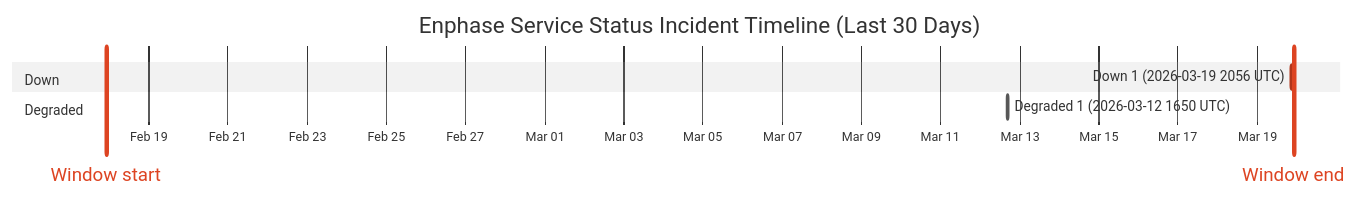
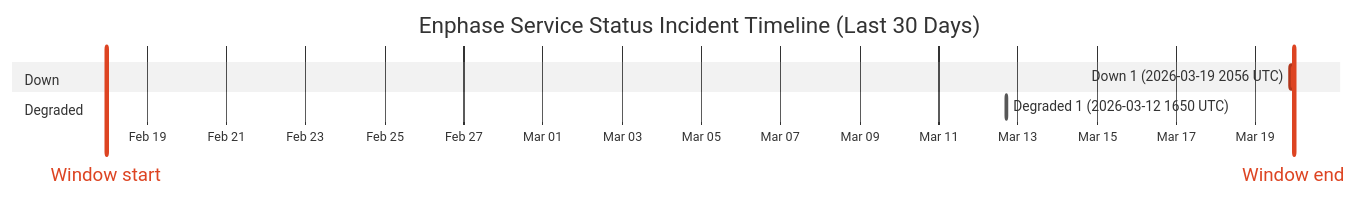
The diagram in wiki/Service-Status-History.md (barneyonline/ha-enphase-ev-charger), drawn with Mermaid (neutral theme) before and after one commit. The commit also changed other lines of this file and 3 other files, not shown here.

````diff
--- a/wiki/Service-Status-History.md
+++ b/wiki/Service-Status-History.md
@@ -14,12 +14,12 @@
 ```mermaid
 gantt
     title Enphase Service Status Incident Timeline (Last 30 Days)
     dateFormat  YYYY-MM-DDTHH:mm:ss
     axisFormat  %b %d
-    Window start :vert, window-start, 2026-02-17T22:18:28, 0ms
-    Window end :vert, window-end, 2026-03-19T22:18:28, 0ms
+    Window start :vert, window-start, 2026-02-17T23:21:29, 0ms
+    Window end :vert, window-end, 2026-03-19T23:21:29, 0ms
     section Down
-    Down 1 (2026-03-19 2056 UTC) :crit, down-1, 2026-03-19T20:56:20, 82m
+    Down 1 (2026-03-19 2056 UTC) :crit, down-1, 2026-03-19T20:56:20, 145m
     section Degraded
     Degraded 1 (2026-03-12 1650 UTC) :active, degraded-1, 2026-03-12T16:50:43, 60m
 ```
````
